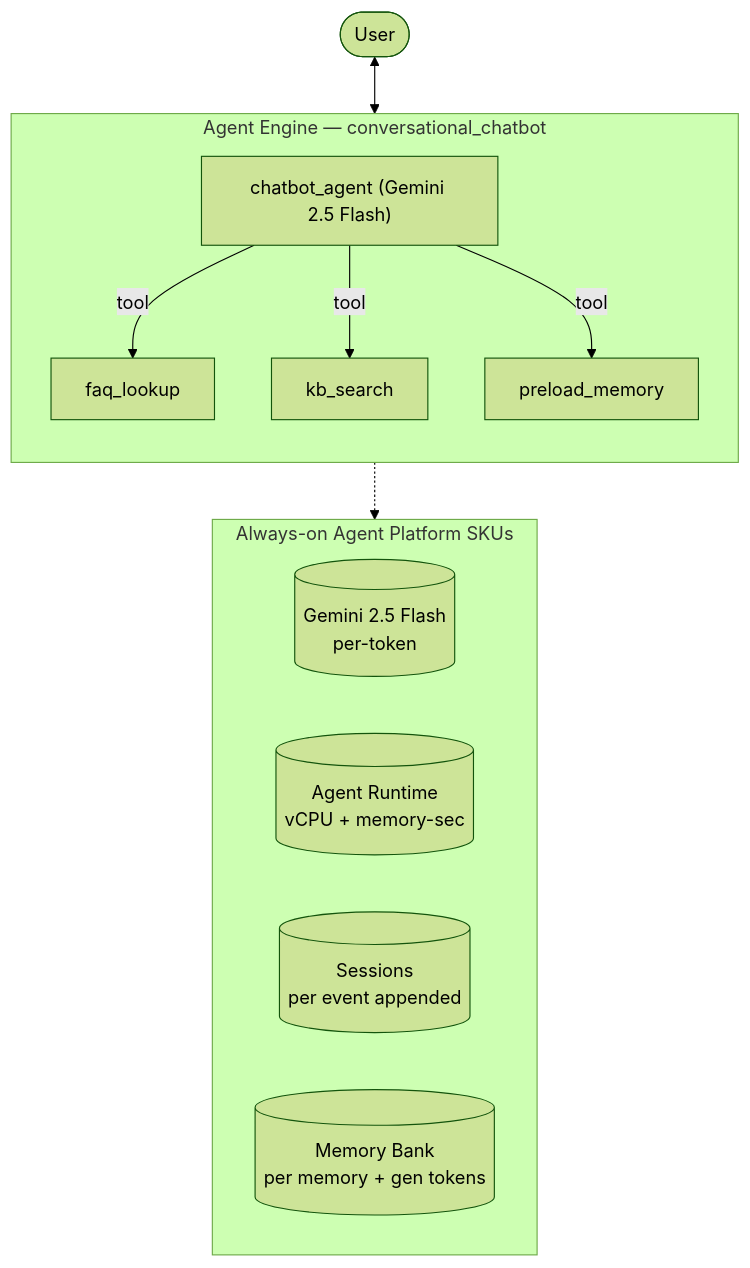
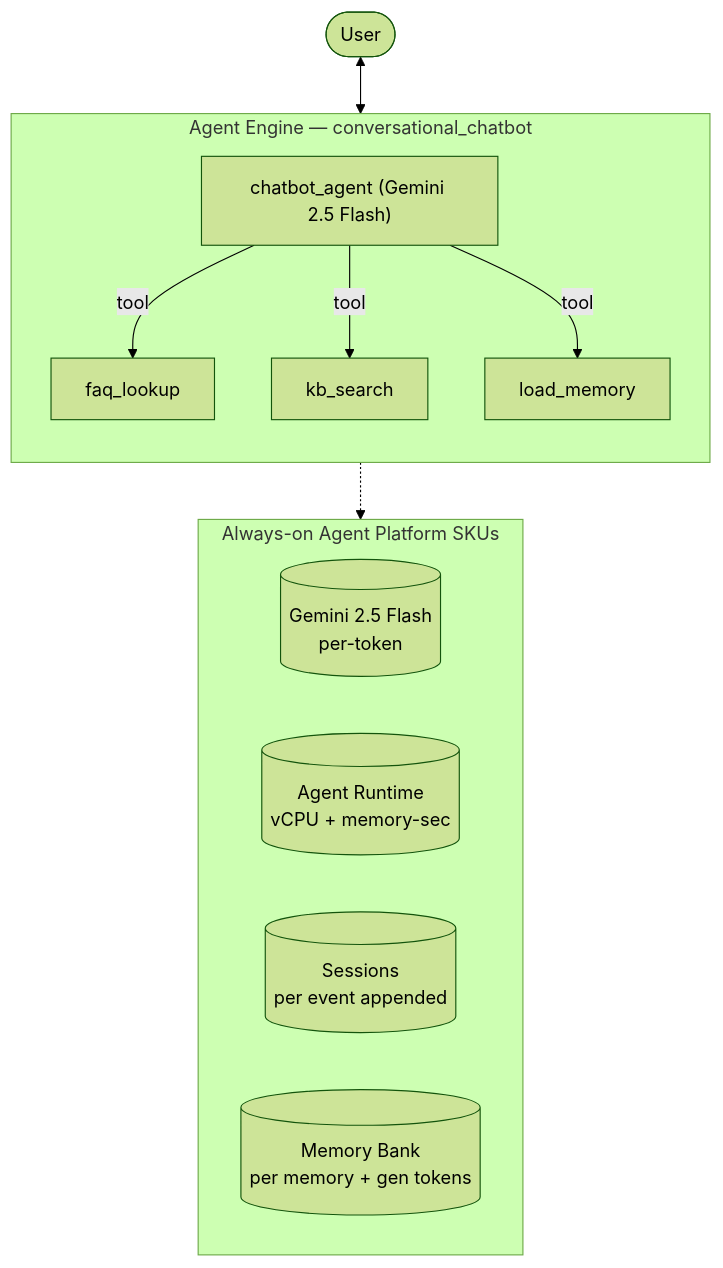
Before and after one commit to jasmeetsb/agent-cost-estimator: the diagram in agent_summaries/conversational_chatbot.md, drawn with Mermaid (forest theme). The commit also changed other lines of this file and 11 other files, not shown here.

````diff
--- a/agent_summaries/conversational_chatbot.md
+++ b/agent_summaries/conversational_chatbot.md
@@ -10,19 +10,19 @@
 ```mermaid
 graph TB
     User([User]) <--> Coord
     subgraph Engine["Agent Engine — conversational_chatbot"]
         direction TB
         Coord["chatbot_agent (Gemini 2.5 Flash)"]
         Coord -->|tool| FAQ[faq_lookup]
         Coord -->|tool| KB[kb_search]
-        Coord -->|tool| PM[preload_memory]
+        Coord -->|tool| PM[load_memory]
     end
     subgraph Core["Always-on Agent Platform SKUs"]
         direction LR
         Gemini[("Gemini 2.5 Flash<br/>per-token")]
         Runtime[("Agent Runtime<br/>vCPU + memory-sec")]
         Sess[("Sessions<br/>per event appended")]
         MB[("Memory Bank<br/>per memory + gen tokens")]
     end
     Engine -.-> Core
 ```
````
